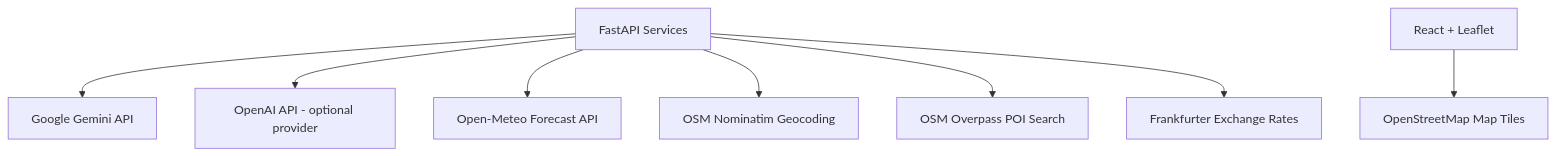
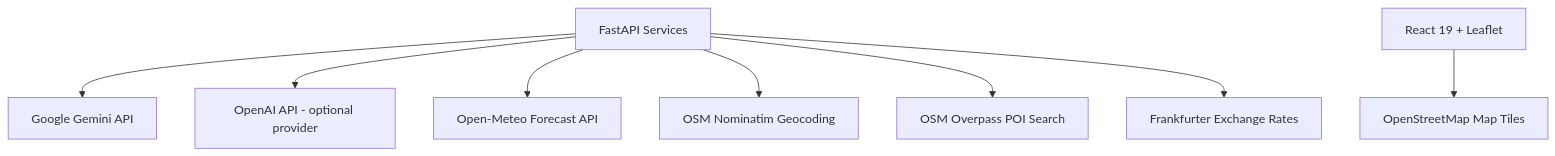
The third of 3 diagrams in docs/ARCHITECTURE.md (rohith154-vsr/TripMind-AI), drawn with Mermaid before and after one commit. The commit also changed other lines of this file and 2 other files, not shown here.

Commit message:
docs: update production deployment and architecture documentation

````diff
--- a/docs/ARCHITECTURE.md
+++ b/docs/ARCHITECTURE.md
@@ -65,11 +65,11 @@
-~~~mermaid
+```mermaid
 flowchart TB
     Backend[FastAPI Services]
     Backend --> Gemini[Google Gemini API]
     Backend --> OpenAI[OpenAI API - optional provider]
     Backend --> Meteo[Open-Meteo Forecast API]
     Backend --> Nominatim[OSM Nominatim Geocoding]
     Backend --> Overpass[OSM Overpass POI Search]
     Backend --> Frankfurter[Frankfurter Exchange Rates]
-    Frontend[React + Leaflet] --> Tiles[OpenStreetMap Map Tiles]
-~~~
+    Frontend[React 19 + Leaflet] --> Tiles[OpenStreetMap Map Tiles]
+```
````
